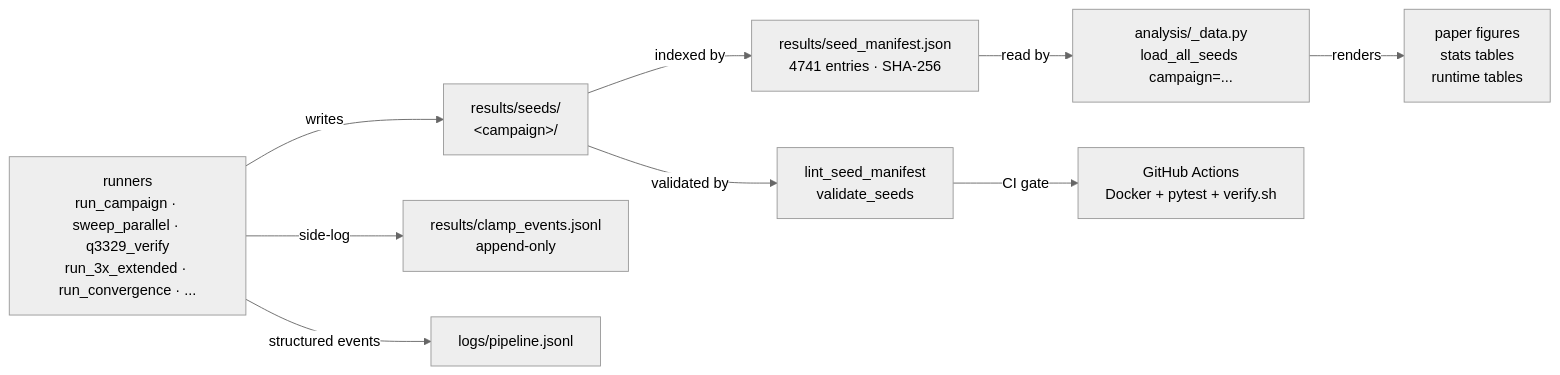
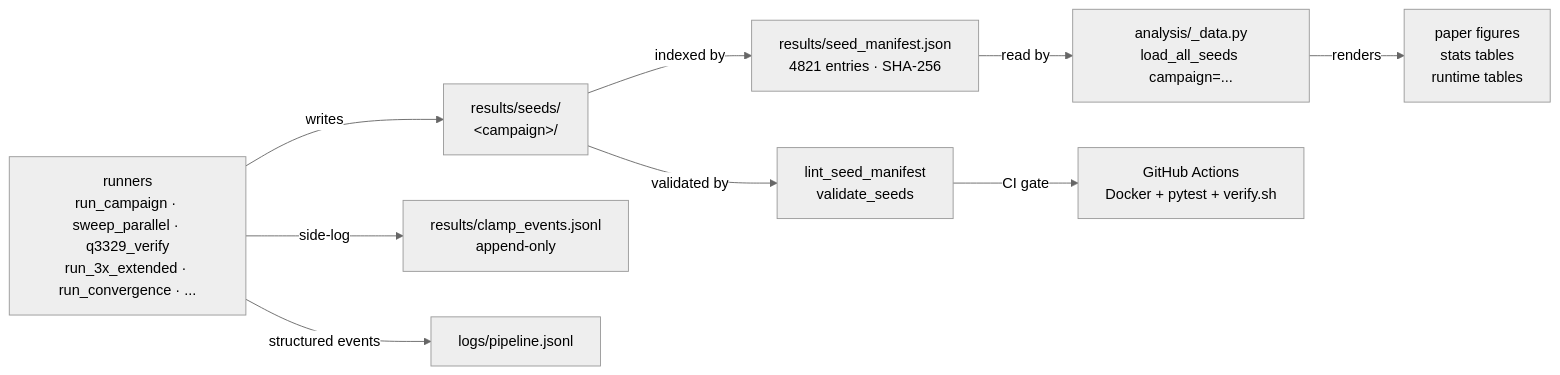
The diagram in README.md (BrendanChambersBourgeois/sdbkz-benchmark), drawn with Mermaid (neutral theme) before and after one commit. The commit also changed other lines of this file, not shown here.

````diff
--- a/README.md
+++ b/README.md
@@ -68,11 +68,11 @@
 ```mermaid
 flowchart LR
   A[runners<br/>run_campaign · sweep_parallel · q3329_verify<br/>run_3x_extended · run_convergence · ...] -->|writes| B[results/seeds/<br/>&lt;campaign&gt;/]
-  B -->|indexed by| C[results/seed_manifest.json<br/>4741 entries · SHA-256]
+  B -->|indexed by| C[results/seed_manifest.json<br/>4821 entries · SHA-256]
   C -->|read by| D[analysis/_data.py<br/>load_all_seeds campaign=...]
   D -->|renders| E[paper figures<br/>stats tables<br/>runtime tables]
   B -->|validated by| F[lint_seed_manifest<br/>validate_seeds]
   F -->|CI gate| G[GitHub Actions<br/>Docker + pytest + verify.sh]
   A -->|side-log| H[results/clamp_events.jsonl<br/>append-only]
   A -->|structured events| I[logs/pipeline.jsonl]
 ```
````
